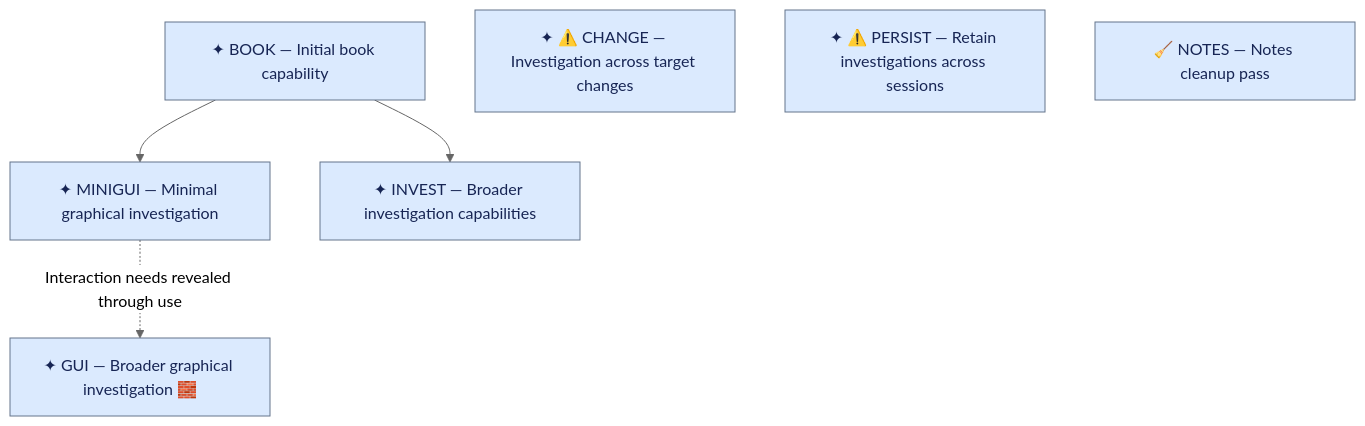
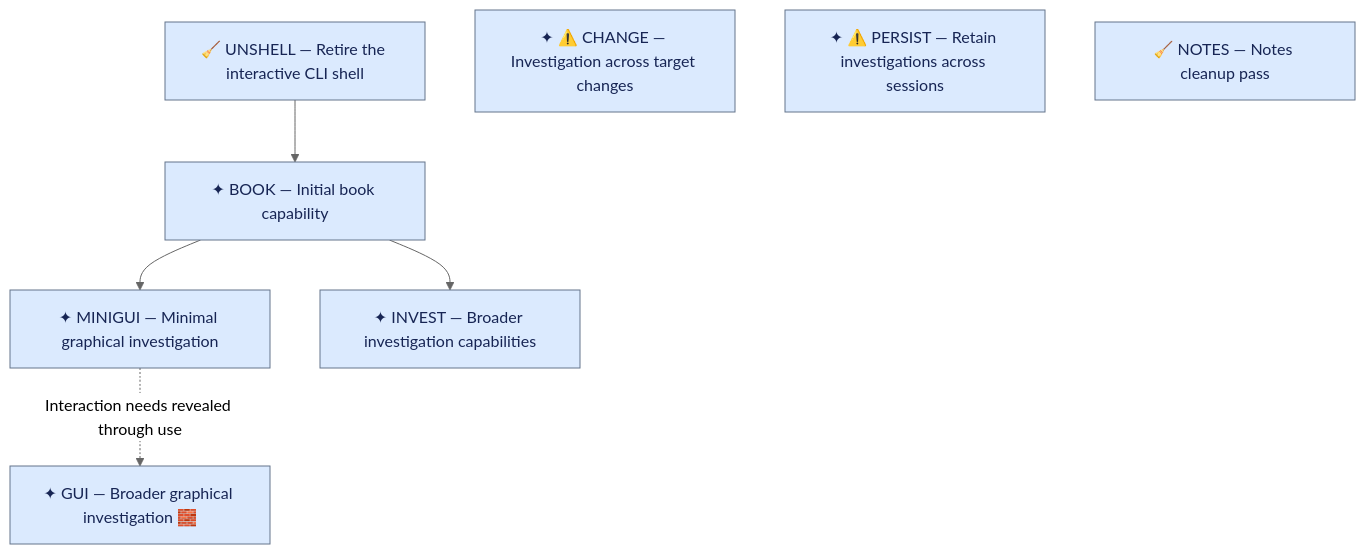
The diagram in steering/upcoming-work.md (ronen/postcode), drawn with Mermaid (neutral theme) before and after one commit. The commit also changed other lines of this file, not shown here.

Commit message:
Schedule CLI shell retirement before BOOK

````diff
--- a/steering/upcoming-work.md
+++ b/steering/upcoming-work.md
@@ -75,11 +75,12 @@
 ```mermaid
 flowchart TD
+    UNSHELL["🧹 UNSHELL — Retire the interactive CLI shell"] --> BOOK
     BOOK["✦ BOOK — Initial book capability"] --> MINIGUI["✦ MINIGUI — Minimal graphical investigation"]
     BOOK --> INVEST["✦ INVEST — Broader investigation capabilities"]
     MINIGUI -. Interaction needs revealed through use .-> GUI["✦ GUI — Broader graphical investigation 🧱"]
     CHANGE["✦ ⚠️ CHANGE — Investigation across target changes"]
     PERSIST["✦ ⚠️ PERSIST — Retain investigations across sessions"]
     NOTES["🧹 NOTES — Notes cleanup pass"]
 
     classDef default fill:#dbeafe,stroke:#64748b,color:#172554
 ```
````
